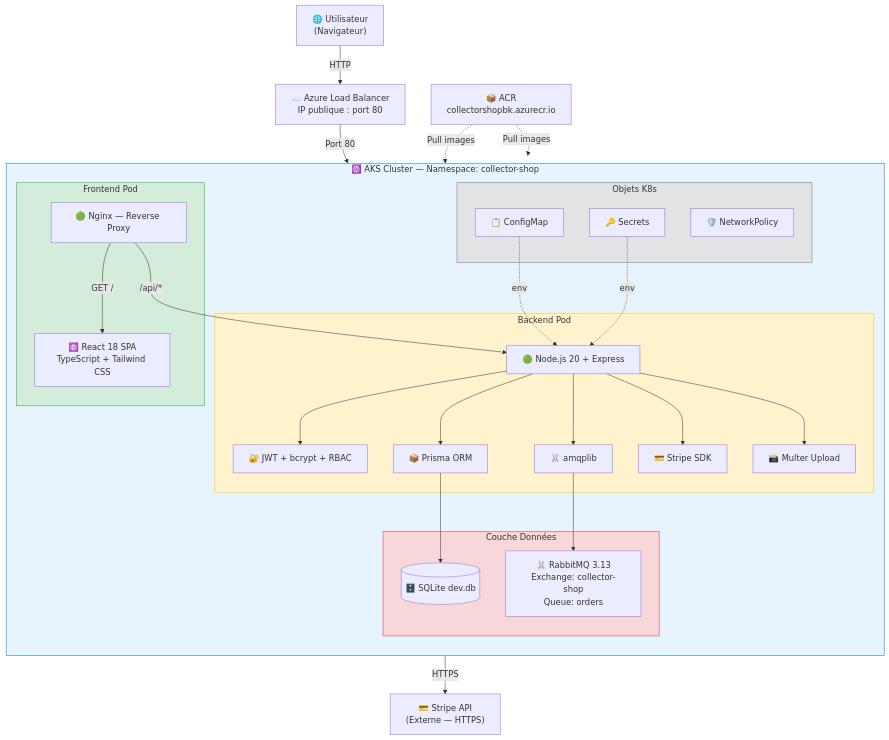
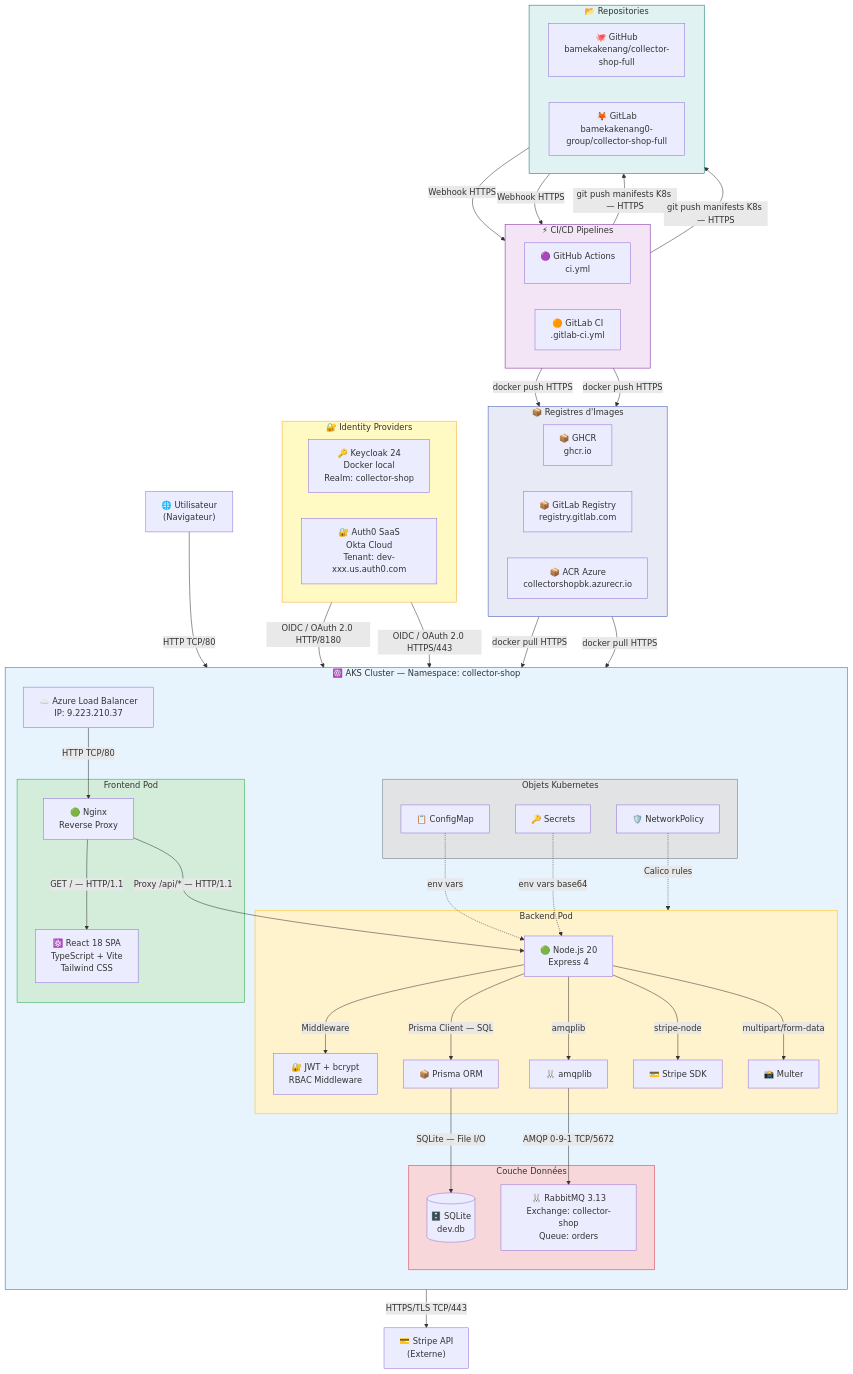
Before and after one commit to bamekakenang/collector-shop-full: the first of 14 diagrams in SCHEMAS_MERMAID.md, drawn with Mermaid.

Commit message:
docs: mise à jour archi globale avec CI/CD, registries, IdP et protocoles

````diff
--- a/SCHEMAS_MERMAID.md
+++ b/SCHEMAS_MERMAID.md
@@ -8,60 +8,103 @@
 ```mermaid
 graph TB
     User["🌐 Utilisateur<br/>(Navigateur)"]
-    LB["☁️ Azure Load Balancer<br/>IP publique : port 80"]
+
+    subgraph CI_CD["⚡ CI/CD Pipelines"]
+        direction LR
+        GHA["🟣 GitHub Actions<br/>ci.yml"]
+        GLC["🟠 GitLab CI<br/>.gitlab-ci.yml"]
+    end
+
+    subgraph Registries["📦 Registres d'Images"]
+        direction LR
+        GHCR["📦 GHCR<br/>ghcr.io"]
+        GLR["📦 GitLab Registry<br/>registry.gitlab.com"]
+        ACR["📦 ACR Azure<br/>collectorshopbk.azurecr.io"]
+    end
 
     subgraph AKS["☸️ AKS Cluster — Namespace: collector-shop"]
         direction TB
 
+        ALB["☁️ Azure Load Balancer<br/>IP: 9.223.210.37"]
+
         subgraph FrontendPod["Frontend Pod"]
-            Nginx["🟢 Nginx — Reverse Proxy"]
-            React["⚛️ React 18 SPA<br/>TypeScript + Tailwind CSS"]
+            Nginx["🟢 Nginx<br/>Reverse Proxy"]
+            React["⚛️ React 18 SPA<br/>TypeScript + Vite<br/>Tailwind CSS"]
         end
 
         subgraph BackendPod["Backend Pod"]
-            Express["🟢 Node.js 20 + Express"]
-            Auth["🔐 JWT + bcrypt + RBAC"]
+            Express["🟢 Node.js 20<br/>Express 4"]
+            Auth["🔐 JWT + bcrypt<br/>RBAC Middleware"]
             PrismaC["📦 Prisma ORM"]
             RMQClient["🐰 amqplib"]
             StripeSDK["💳 Stripe SDK"]
-            MulUp["📸 Multer Upload"]
+            Multer["📸 Multer"]
         end
 
-        subgraph Data["Couche Données"]
-            SQLite[("🗄️ SQLite dev.db")]
+        subgraph DataPod["Couche Données"]
+            SQLite[("🗄️ SQLite<br/>dev.db")]
             RabbitMQ["🐰 RabbitMQ 3.13<br/>Exchange: collector-shop<br/>Queue: orders"]
         end
 
-        subgraph K8sConf["Objets K8s"]
+        subgraph K8sObjects["Objets Kubernetes"]
             CM["📋 ConfigMap"]
             Sec["🔑 Secrets"]
             NP["🛡️ NetworkPolicy"]
         end
     end
 
-    Stripe["💳 Stripe API<br/>(Externe — HTTPS)"]
-    ACR["📦 ACR<br/>collectorshopbk.azurecr.io"]
+    Stripe["💳 Stripe API<br/>(Externe)"]
 
-    User -->|HTTP| LB
-    LB -->|Port 80| Nginx
-    Nginx -->|"GET /"| React
-    Nginx -->|"/api/*"| Express
-    Express --> Auth
-    Express --> PrismaC
-    Express --> RMQClient
-    Express --> StripeSDK
-    Express --> MulUp
-    PrismaC --> SQLite
-    RMQClient --> RabbitMQ
-    StripeSDK -->|HTTPS| Stripe
-    ACR -.->|Pull images| FrontendPod
-    ACR -.->|Pull images| BackendPod
-    CM -.->|env| Express
-    Sec -.->|env| Express
+    subgraph Auth_Providers["🔐 Identity Providers"]
+        direction LR
+        KC["🔑 Keycloak 24<br/>Docker local<br/>Realm: collector-shop"]
+        A0["🔐 Auth0 SaaS<br/>Okta Cloud<br/>Tenant: dev-xxx.us.auth0.com"]
+    end
 
+    subgraph Repos["📂 Repositories"]
+        direction LR
+        GH["🐙 GitHub<br/>bamekakenang/collector-shop-full"]
+        GL["🦊 GitLab<br/>bamekakenang0-group/collector-shop-full"]
+    end
+
+    User -->|"HTTP TCP/80"| ALB
+    ALB -->|"HTTP TCP/80"| Nginx
+    Nginx -->|"GET / — HTTP/1.1"| React
+    Nginx -->|"Proxy /api/* — HTTP/1.1"| Express
+
+    Express -->|"Middleware"| Auth
+    Express -->|"Prisma Client — SQL"| PrismaC
+    Express -->|"amqplib"| RMQClient
+    Express -->|"stripe-node"| StripeSDK
+    Express -->|"multipart/form-data"| Multer
+    PrismaC -->|"SQLite — File I/O"| SQLite
+    RMQClient -->|"AMQP 0-9-1 TCP/5672"| RabbitMQ
+    StripeSDK -->|"HTTPS/TLS TCP/443"| Stripe
+
+    CM -.->|"env vars"| Express
+    Sec -.->|"env vars base64"| Express
+    NP -.->|"Calico rules"| BackendPod
+
+    GH -->|"Webhook HTTPS"| GHA
+    GL -->|"Webhook HTTPS"| GLC
+    GHA -->|"docker push HTTPS"| GHCR
+    GLC -->|"docker push HTTPS"| GLR
+    ACR -->|"docker pull HTTPS"| FrontendPod
+    ACR -->|"docker pull HTTPS"| BackendPod
+
+    GHA -->|"git push manifests K8s — HTTPS"| GH
+    GLC -->|"git push manifests K8s — HTTPS"| GL
+
+    KC -->|"OIDC / OAuth 2.0 HTTP/8180"| Express
+    A0 -->|"OIDC / OAuth 2.0 HTTPS/443"| Express
+
+    style CI_CD fill:#f3e5f5,stroke:#7b1fa2
+    style Registries fill:#e8eaf6,stroke:#3f51b5
     style AKS fill:#e8f4fd,stroke:#0078d4
     style FrontendPod fill:#d4edda,stroke:#28a745
     style BackendPod fill:#fff3cd,stroke:#ffc107
-    style Data fill:#f8d7da,stroke:#dc3545
-    style K8sConf fill:#e2e3e5,stroke:#6c757d
+    style DataPod fill:#f8d7da,stroke:#dc3545
+    style K8sObjects fill:#e2e3e5,stroke:#6c757d
+    style Auth_Providers fill:#fff9c4,stroke:#f9a825
+    style Repos fill:#e0f2f1,stroke:#00796b
 ```
````
